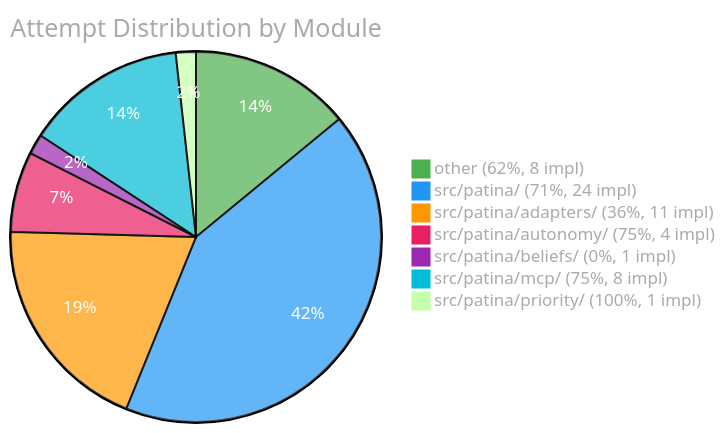
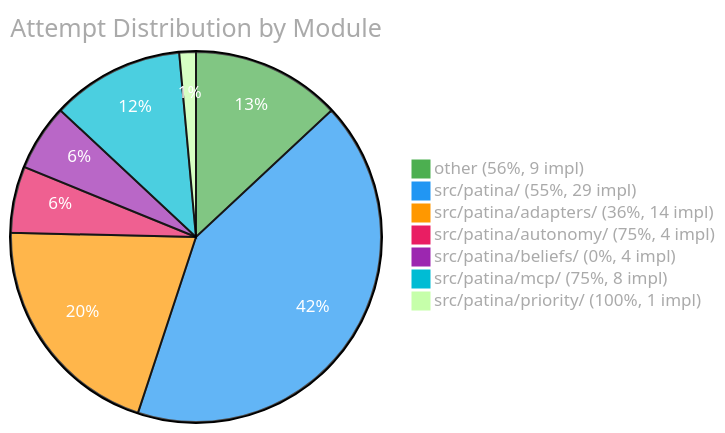
The third of 3 diagrams in EVAL.md (Sanctum-Origo-Systems/patina), drawn with Mermaid before and after one commit. The commit also changed other lines of this file and 1 other file, not shown here.

````diff
--- a/EVAL.md
+++ b/EVAL.md
@@ -70,11 +73,11 @@
 ```mermaid
 %%{init: {'theme': 'base', 'themeVariables': {'pie1': '#4CAF50', 'pie2': '#2196F3', 'pie3': '#FF9800', 'pie4': '#E91E63', 'pie5': '#9C27B0', 'pie6': '#00BCD4', 'pieTitleTextColor': '#aaa', 'pieLegendTextColor': '#aaa', 'pieSectionTextColor': '#fff'}}}%%
 pie title Attempt Distribution by Module
-    "other (62%, 8 impl)" : 8
-    "src/patina/ (71%, 24 impl)" : 24
-    "src/patina/adapters/ (36%, 11 impl)" : 11
+    "other (56%, 9 impl)" : 9
+    "src/patina/ (55%, 29 impl)" : 29
+    "src/patina/adapters/ (36%, 14 impl)" : 14
     "src/patina/autonomy/ (75%, 4 impl)" : 4
-    "src/patina/beliefs/ (0%, 1 impl)" : 1
+    "src/patina/beliefs/ (0%, 4 impl)" : 4
     "src/patina/mcp/ (75%, 8 impl)" : 8
     "src/patina/priority/ (100%, 1 impl)" : 1
 ```
````
